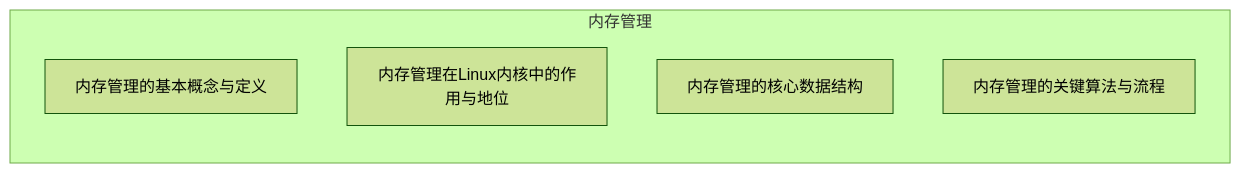
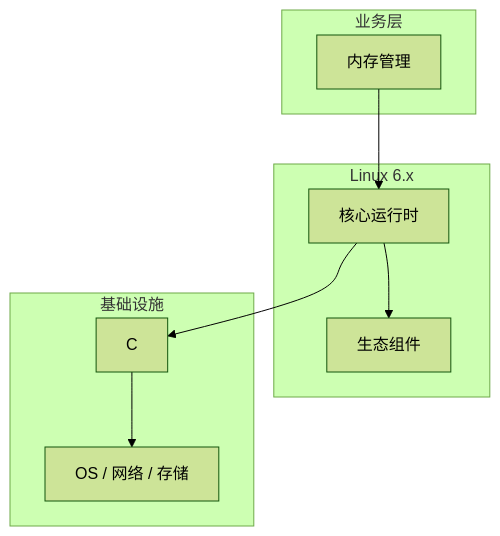
The diagram in articles/Linux内核/chapters/055-内存管理的对比与选型.md (yanggan2015/knowledge-json-v2), drawn with Mermaid (forest theme) before and after one commit. The commit also changed other lines of this file and 10127 other files, not shown here.

````diff
--- a/articles/Linux内核/chapters/055-内存管理的对比与选型.md
+++ b/articles/Linux内核/chapters/055-内存管理的对比与选型.md
@@ -45,9 +34,18 @@
 ```mermaid
-graph LR
-    subgraph 内存管理
-        C0[内存管理的基本概念与定义]
-        C1[内存管理在Linux内核中的作用与地位]
-        C2[内存管理的核心数据结构]
-        C3[内存管理的关键算法与流程]
+graph TB
+    subgraph 业务层
+        A[内存管理]
     end
+    subgraph Linux 6.x
+        B[核心运行时]
+        C[生态组件]
+    end
+    subgraph 基础设施
+        D[C]
+        E[OS / 网络 / 存储]
+    end
+    A --> B
+    B --> C
+    B --> D
+    D --> E
 ```
````
